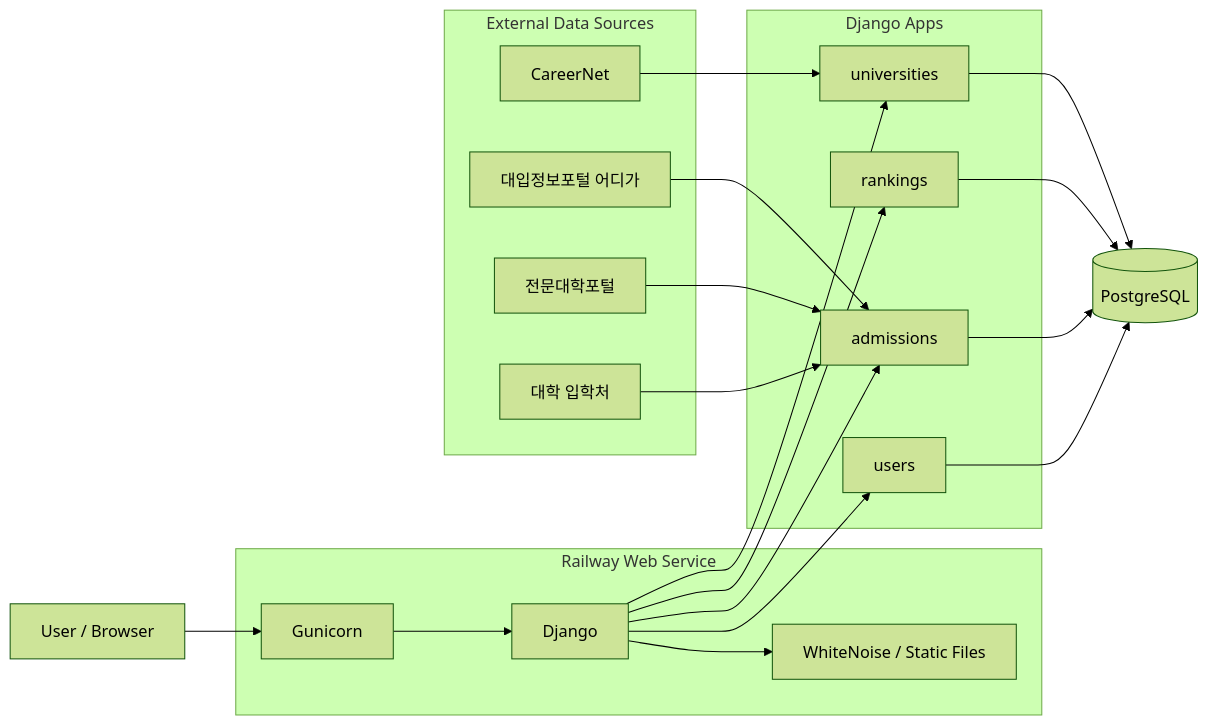
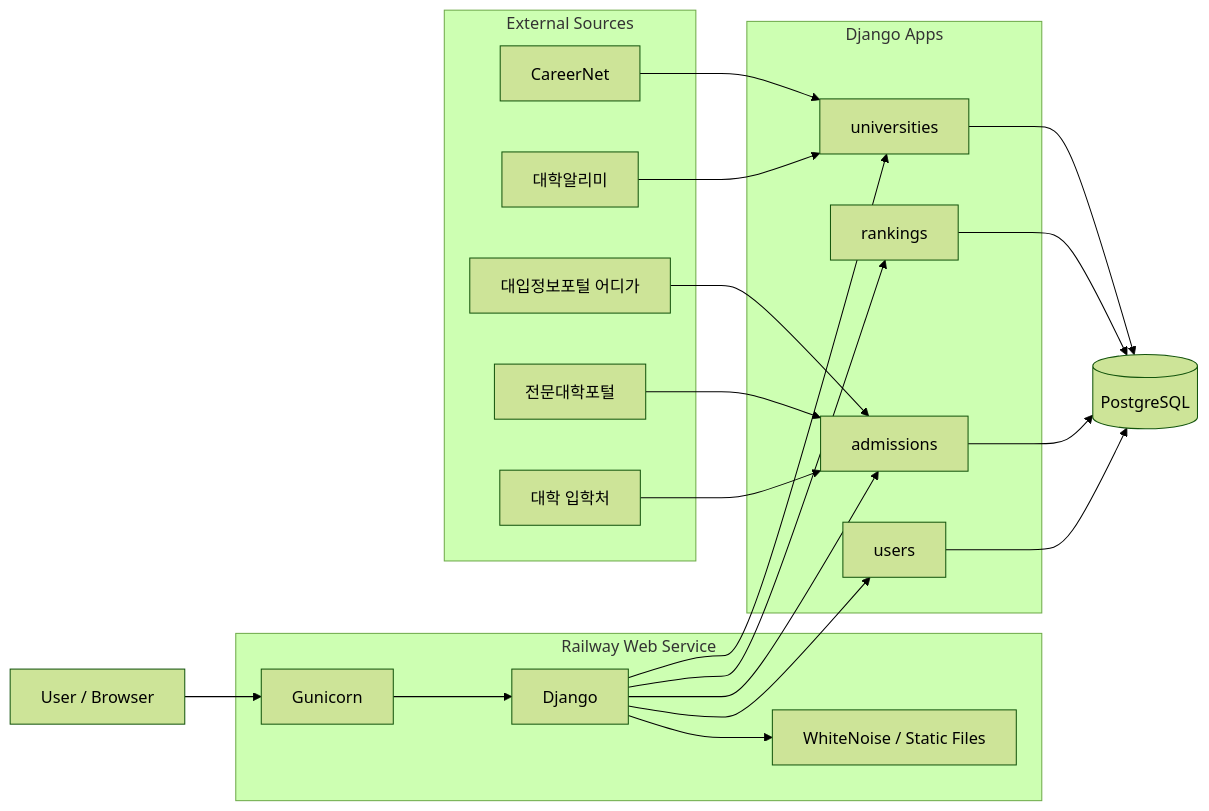
One commit to dh1180/K-unirank_v2 changed the first of 2 diagrams in README.md. Above: the diagram before and after it, drawn with Mermaid (forest theme). The commit also changed other lines of this file, not shown here.

````diff
--- a/README.md
+++ b/README.md
@@ -138,43 +232,45 @@
 ```mermaid
 flowchart LR
-    U[User / Browser]
+    USER[User / Browser]
 
     subgraph WEB[Railway Web Service]
         G[Gunicorn]
-        D[Django]
-        W[WhiteNoise / Static Files]
+        DJ[Django]
+        STATIC[WhiteNoise / Static Files]
     end
 
     subgraph APP[Django Apps]
         UNI[universities]
         RANK[rankings]
         ADM[admissions]
-        USER[users]
+        ACCOUNT[users]
     end
 
     DB[(PostgreSQL)]
 
-    subgraph SOURCE[External Data Sources]
+    subgraph SOURCES[External Sources]
         CAREER[CareerNet]
         ADIGA[대입정보포털 어디가]
         PRO[전문대학포털]
         OFFICIAL[대학 입학처]
+        ACADEMY[대학알리미]
     end
 
-    U --> G --> D
-    D --> W
-    D --> UNI
-    D --> RANK
-    D --> ADM
-    D --> USER
+    USER --> G --> DJ
+    DJ --> STATIC
+    DJ --> UNI
+    DJ --> RANK
+    DJ --> ADM
+    DJ --> ACCOUNT
 
     UNI --> DB
     RANK --> DB
     ADM --> DB
-    USER --> DB
+    ACCOUNT --> DB
 
     CAREER --> UNI
+    ACADEMY --> UNI
     ADIGA --> ADM
     PRO --> ADM
     OFFICIAL --> ADM
 ```
````
